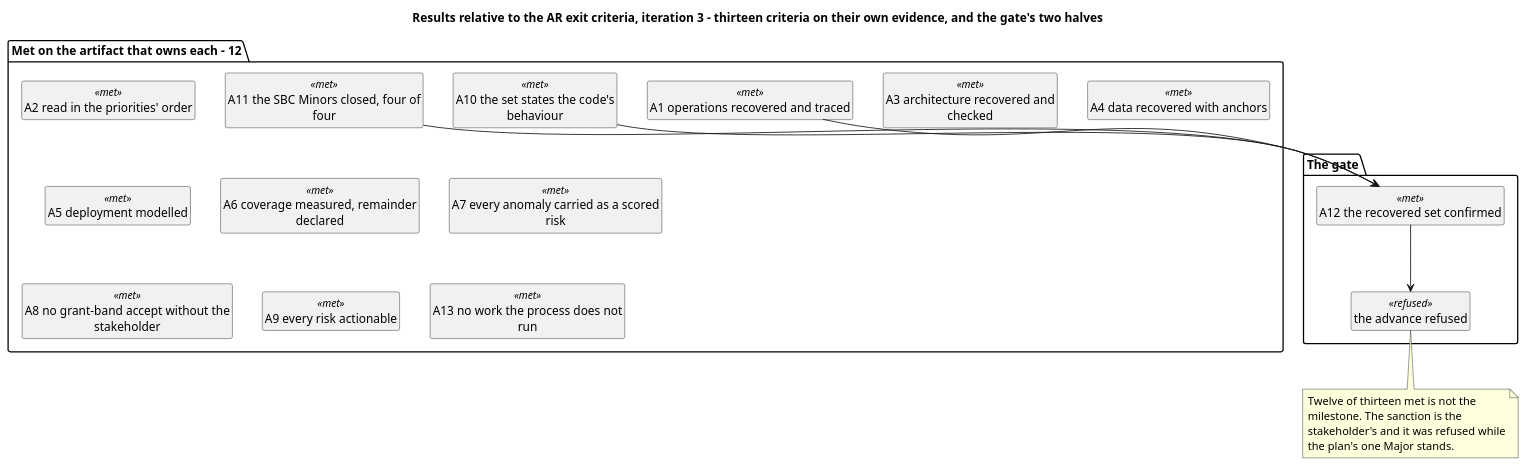
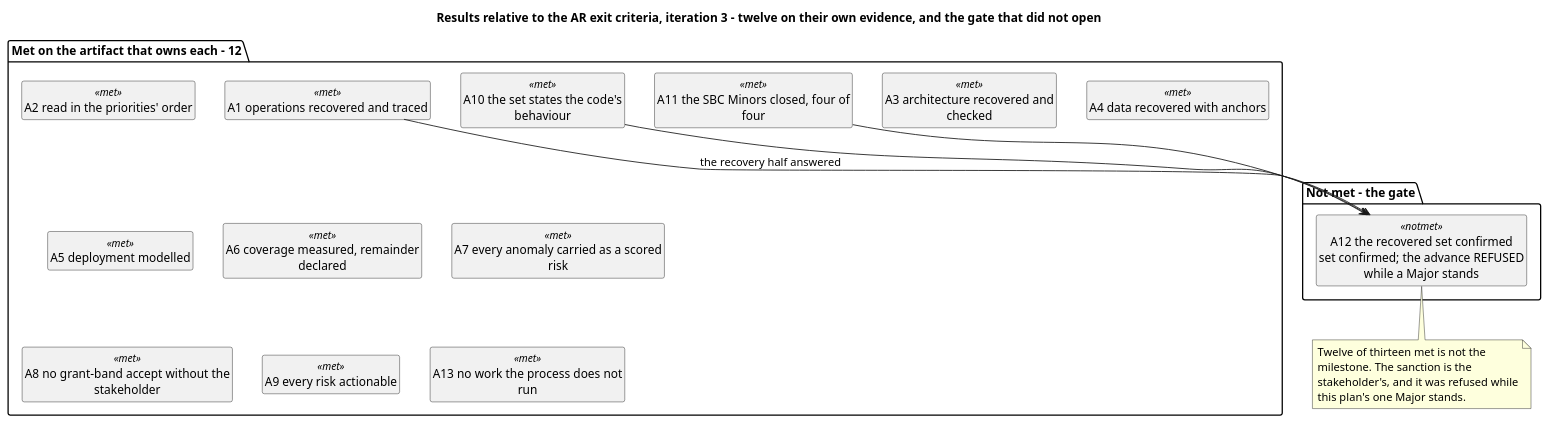
Before and after one commit to banense-test/TodoApp: the third of 5 diagrams in docs/artifacts/project-management/iteration-assessment.md, drawn with PlantUML. The commit also changed other lines of this file, not shown here.

Commit message:
Project Manager [Excavation3]: upsert Iteration Assessment
[skip ci]

````diff
--- a/docs/artifacts/project-management/iteration-assessment.md
+++ b/docs/artifacts/project-management/iteration-assessment.md
@@ -163,38 +161,36 @@
 ```plantuml
 @startuml
-title Results relative to the AR exit criteria, iteration 3 - thirteen criteria on their own evidence, and the gate's two halves
+title Results relative to the AR exit criteria, iteration 3 - twelve on their own evidence, and the gate that did not open
 skinparam shadowing false
 skinparam wrapWidth 245
 hide circle
 hide empty members
 
 package "Met on the artifact that owns each - 12" {
   class "A1 operations recovered and traced" as A1 <<met>>
   class "A2 read in the priorities' order" as A2 <<met>>
   class "A3 architecture recovered and checked" as A3 <<met>>
   class "A4 data recovered with anchors" as A4 <<met>>
   class "A5 deployment modelled" as A5 <<met>>
   class "A6 coverage measured, remainder declared" as A6 <<met>>
   class "A7 every anomaly carried as a scored risk" as A7 <<met>>
   class "A8 no grant-band accept without the stakeholder" as A8 <<met>>
   class "A9 every risk actionable" as A9 <<met>>
   class "A10 the set states the code's behaviour" as A10 <<met>>
   class "A11 the SBC Minors closed, four of four" as A11 <<met>>
   class "A13 no work the process does not run" as A13 <<met>>
 }
 
-package "The gate" {
-  class "A12 the recovered set confirmed" as A12 <<met>>
-  class "the advance refused" as SAN <<refused>>
+package "Not met - the gate" {
+  class "A12 the recovered set confirmed\nset confirmed; the advance REFUSED\nwhile a Major stands" as A12 <<notmet>>
 }
 
-A1 --> A12
+A1 --> A12 : the recovery half answered
 A10 --> A12
 A11 --> A12
-A12 --> SAN
-note bottom of SAN
+note bottom of A12
   Twelve of thirteen met is not the milestone. The sanction is the
-  stakeholder's and it was refused while the plan's one Major stands.
+  stakeholder's, and it was refused while this plan's one Major stands.
 end note
 @enduml
 ```
````
